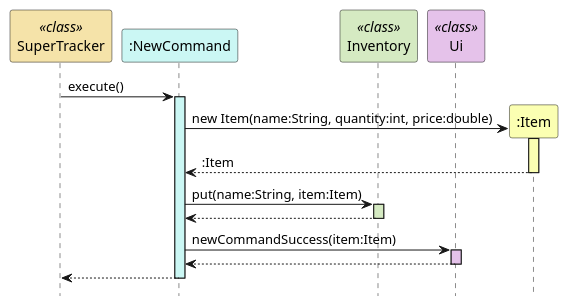
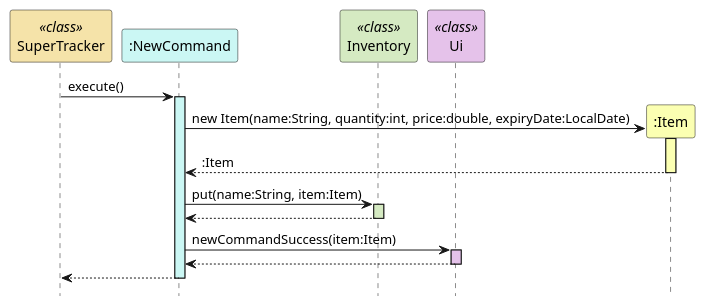
The second of 2 diagrams in docs/uml-diagrams/NewCommand.puml (nus-cs2113-AY2324S2/tp), drawn with PlantUML before and after one commit. The commit also changed 1 other file, not shown here.

Commit message:
Update NewCommand sequence diagram

```diff
--- a/docs/uml-diagrams/NewCommand.puml
+++ b/docs/uml-diagrams/NewCommand.puml
@@ -50,29 +50,29 @@
 @startuml
 hide footbox
 participant "SuperTracker" as SuperTracker <<class>> #f5e3a9
 participant ":NewCommand" as NewCommand #cbf7f4
 participant "Inventory" as Inventory <<class>> #d5eac2
 participant "Ui" as Ui <<class>> #e5c2ea
 participant ":Item" as Item #fbffb2
 
 SuperTracker -> NewCommand : execute()
 activate NewCommand #cbf7f4
 
-NewCommand -> Item ** : new Item(name:String, quantity:int, price:double)
+NewCommand -> Item ** : new Item(name:String, quantity:int, price:double, expiryDate:LocalDate)
 activate Item #fbffb2
 Item --> NewCommand : :Item
 deactivate Item
 
 NewCommand -> Inventory : put(name:String, item:Item)
 activate Inventory #d5eac2
 Inventory --> NewCommand
 deactivate Inventory
 
 NewCommand -> Ui : newCommandSuccess(item:Item)
 activate Ui #e5c2ea
 Ui --> NewCommand
 deactivate Ui
 
 NewCommand --> SuperTracker
 deactivate NewCommand
 @enduml
```
